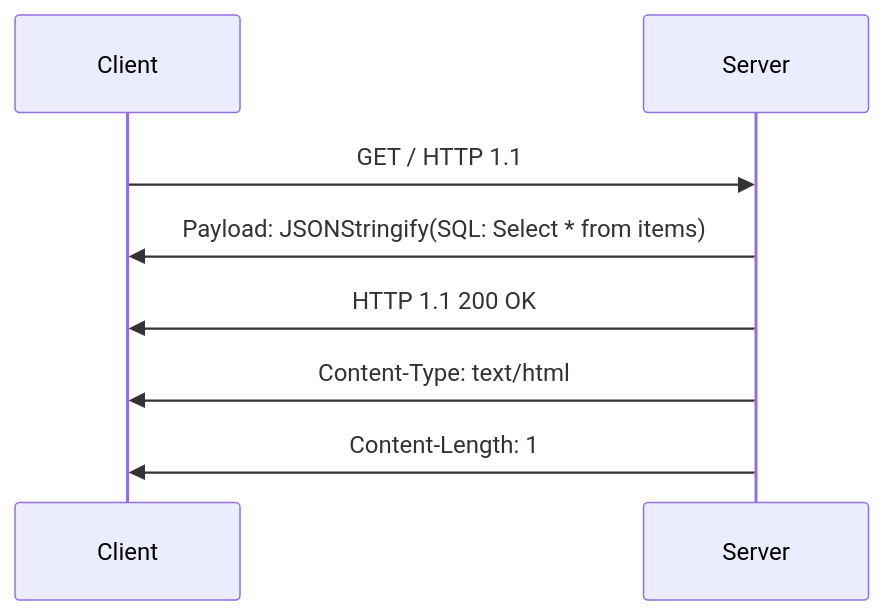
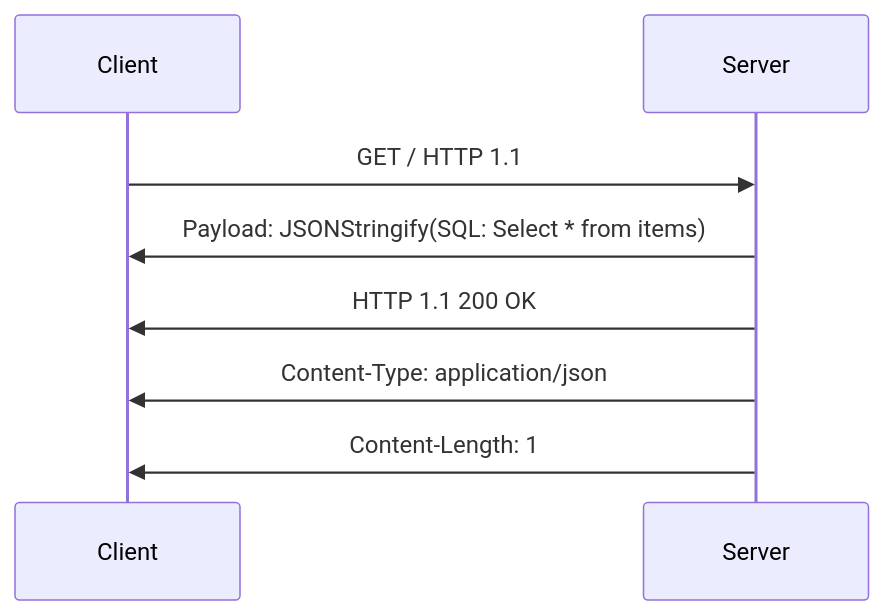
Before and after one commit to LJS360d/auctionsLab: the second of 3 diagrams in SEQUENCEDIAGRAMS.md, drawn with Mermaid. The commit also changed 6 other files, not shown here.

````diff
--- a/SEQUENCEDIAGRAMS.md
+++ b/SEQUENCEDIAGRAMS.md
@@ -22,15 +22,15 @@
 ```mermaid
 
 sequenceDiagram
 
 Client ->> Server: GET / HTTP 1.1
 
 Server ->> Client: Payload: JSONStringify(SQL: Select * from items)
 
 Server ->> Client: HTTP 1.1 200 OK
 
-Server ->> Client: Content-Type: text/html
+Server ->> Client: Content-Type: application/json
 
 Server ->> Client: Content-Length: 1
 
 ```
````
